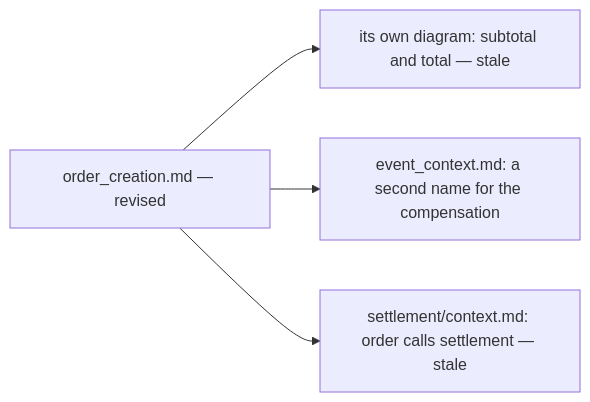
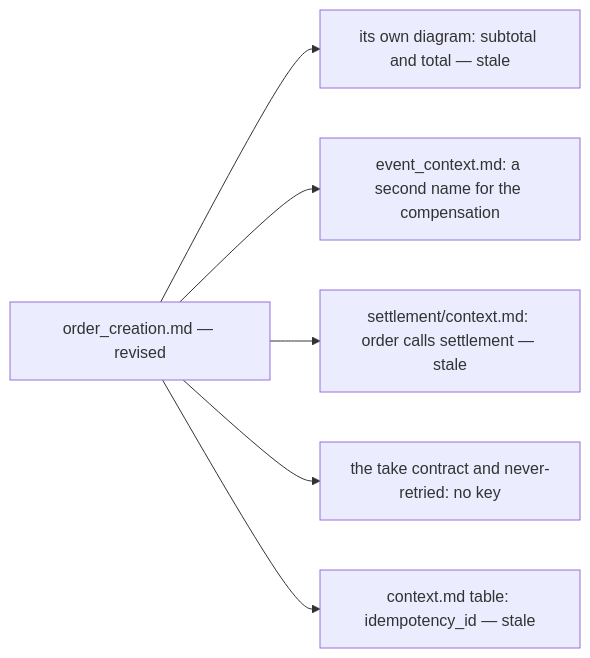
Before and after one commit to pdcgo/warehouse_revamp: the fourth of 4 diagrams in docs/business/order/order_creation_clarify.md, drawn with Mermaid. The commit also changed other lines of this file and 4 other files, not shown here.

Commit message:
idempotency key

````diff
--- a/docs/business/order/order_creation_clarify.md
+++ b/docs/business/order/order_creation_clarify.md
@@ -97,6 +156,8 @@
 ```mermaid
 flowchart LR
   D["order_creation.md — revised"] --> A["its own diagram: subtotal and total — stale"]
   D --> B["event_context.md: a second name for the compensation"]
   D --> C["settlement/context.md: order calls settlement — stale"]
+  D --> E["the take contract and never-retried: no key"]
+  D --> F["context.md table: idempotency_id — stale"]
 ```
````
